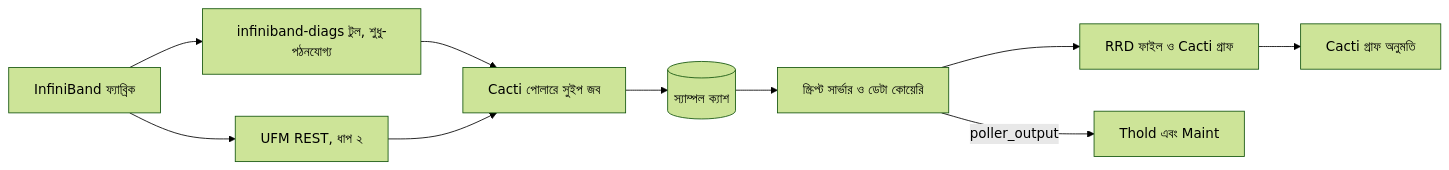
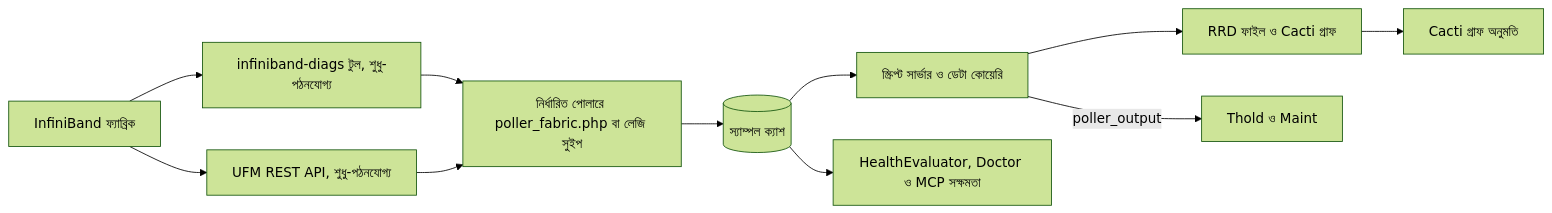
One commit to somethingwithproof/plugin_fabric changed the diagram in docs/i18n/bn-BD/README.md. Above: the diagram before and after it, drawn with Mermaid (forest theme). The commit also changed other lines of this file and 48 other files, not shown here.

````diff
--- a/docs/i18n/bn-BD/README.md
+++ b/docs/i18n/bn-BD/README.md
@@ -92,12 +132,13 @@
 ```mermaid
 flowchart LR
-    F[InfiniBand ফ্যাব্রিক] --> T[infiniband-diags টুল, শুধু-পঠনযোগ্য]
-    F --> U[UFM REST, ধাপ ২]
-    T --> S[Cacti পোলারে সুইপ জব]
+    F["InfiniBand ফ্যাব্রিক"] --> T["infiniband-diags টুল, শুধু-পঠনযোগ্য"]
+    F --> U["UFM REST API, শুধু-পঠনযোগ্য"]
+    T --> S["নির্ধারিত পোলারে poller_fabric.php বা লেজি সুইপ"]
     U --> S
-    S --> C[(স্যাম্পল ক্যাশ)]
-    C --> SS[স্ক্রিপ্ট সার্ভার ও ডেটা কোয়েরি]
-    SS --> R[RRD ফাইল ও Cacti গ্রাফ]
-    SS -->|poller_output| TH[Thold এবং Maint]
-    R --> P[Cacti গ্রাফ অনুমতি]
+    S --> C[("স্যাম্পল ক্যাশ")]
+    C --> SS["স্ক্রিপ্ট সার্ভার ও ডেটা কোয়েরি"]
+    SS --> R["RRD ফাইল ও Cacti গ্রাফ"]
+    SS -->|poller_output| TH["Thold ও Maint"]
+    C --> H["HealthEvaluator, Doctor ও MCP সক্ষমতা"]
+    R --> P["Cacti গ্রাফ অনুমতি"]
 ```
````
